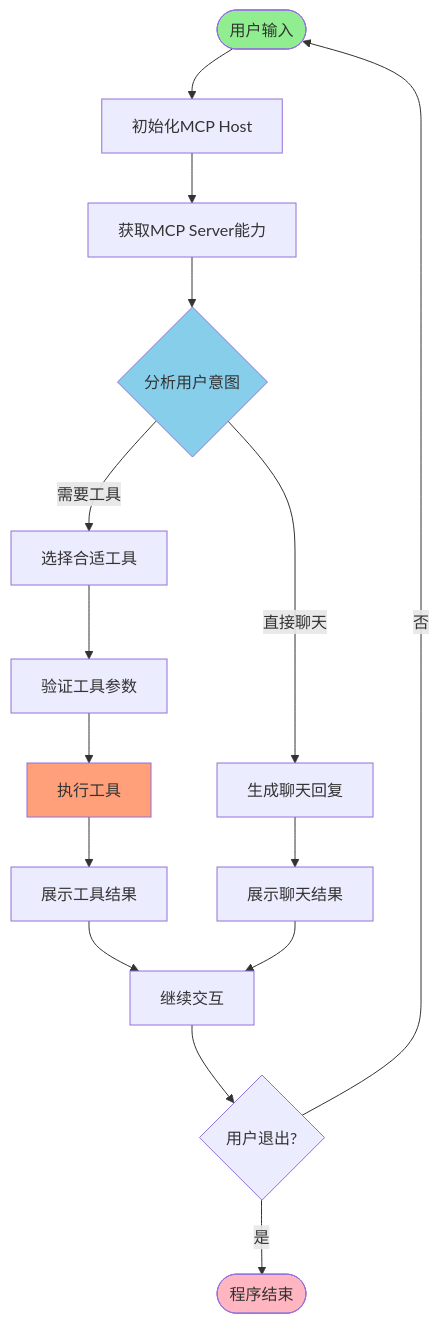
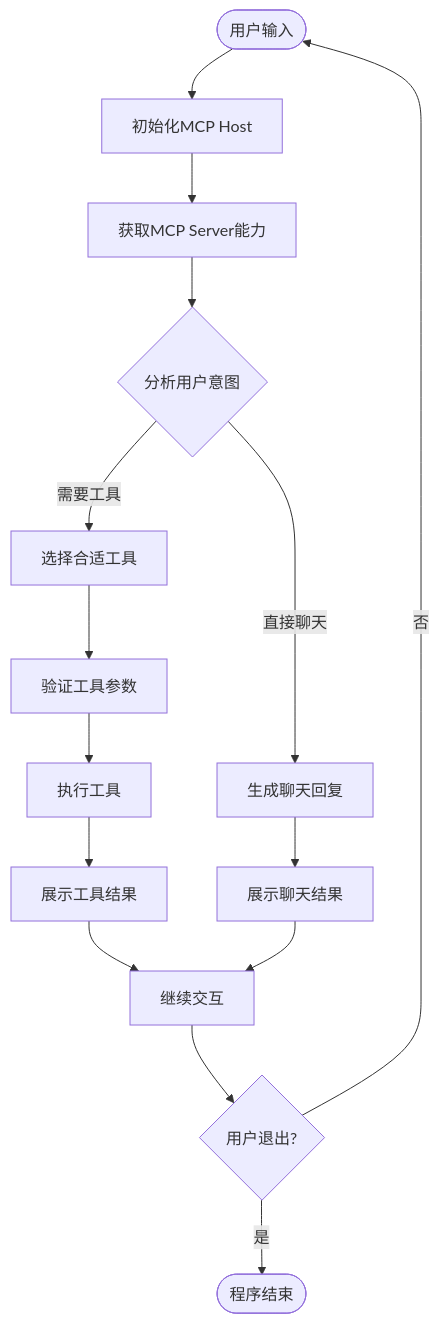
The diagram in posts/通用mcp host的system prompt怎么写.md (rainj2013/blog), drawn with Mermaid before and after one commit. The commit also changed other lines of this file and 5 other files, not shown here.

````diff
--- a/posts/通用mcp host的system prompt怎么写.md
+++ b/posts/通用mcp host的system prompt怎么写.md
@@ -15,27 +15,22 @@
 ```mermaid
 flowchart TD
     Start([用户输入]) --> Init[初始化MCP Host]
     Init --> GetCap[获取MCP Server能力]
     GetCap --> Analyze{分析用户意图}
     
     Analyze -->|需要工具| SelectTool[选择合适工具]
     Analyze -->|直接聊天| ChatReply[生成聊天回复]
     
     SelectTool --> Validate[验证工具参数]
     Validate --> Execute[执行工具]
     Execute --> ShowResult[展示工具结果]
     
     ChatReply --> ShowChat[展示聊天结果]
     
     ShowResult --> Continue[继续交互]
     ShowChat --> Continue
     
     Continue --> End{用户退出?}
     End -->|否| Start
     End -->|是| Exit([程序结束])
-    
-    style Start fill:#90EE90
-    style Exit fill:#FFB6C1
-    style Analyze fill:#87CEEB
-    style Execute fill:#FFA07A
 ```
````
